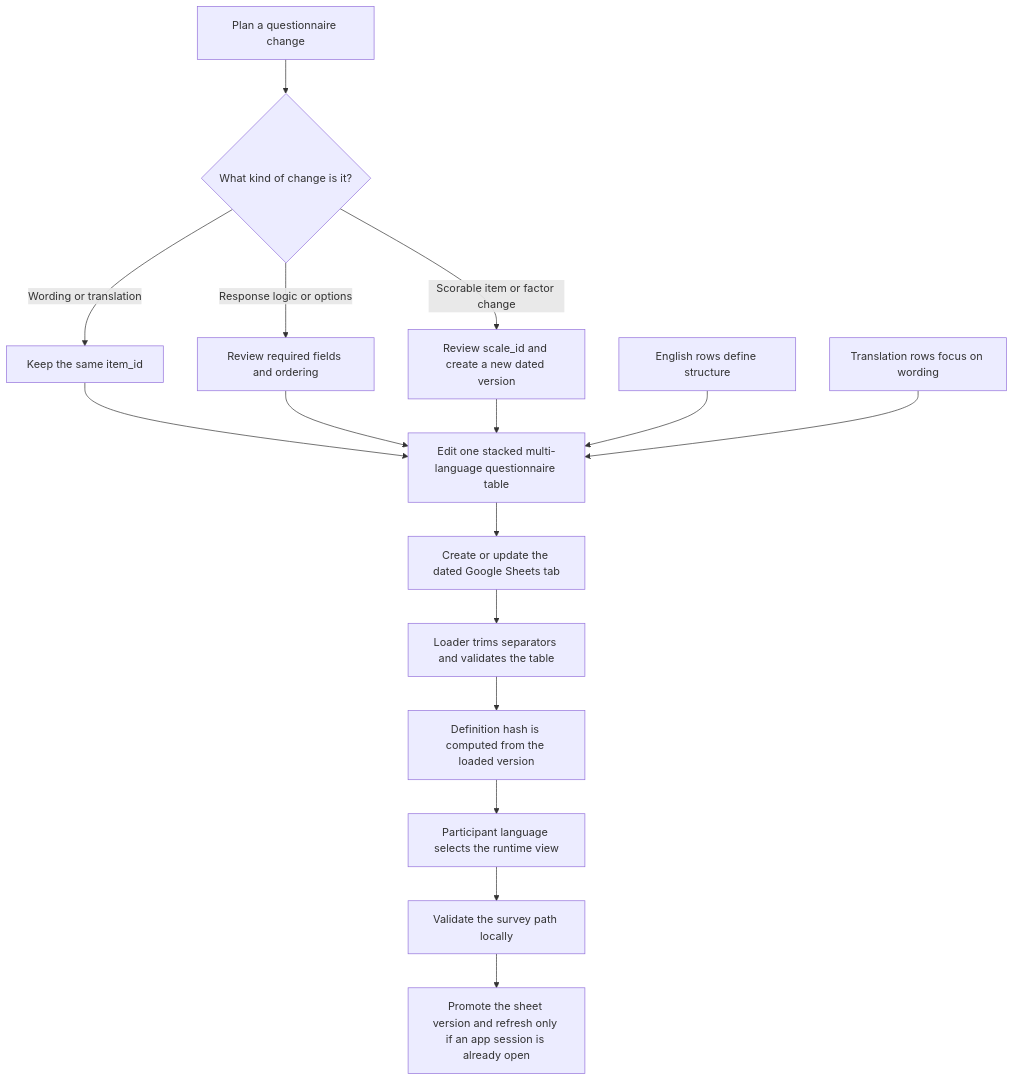
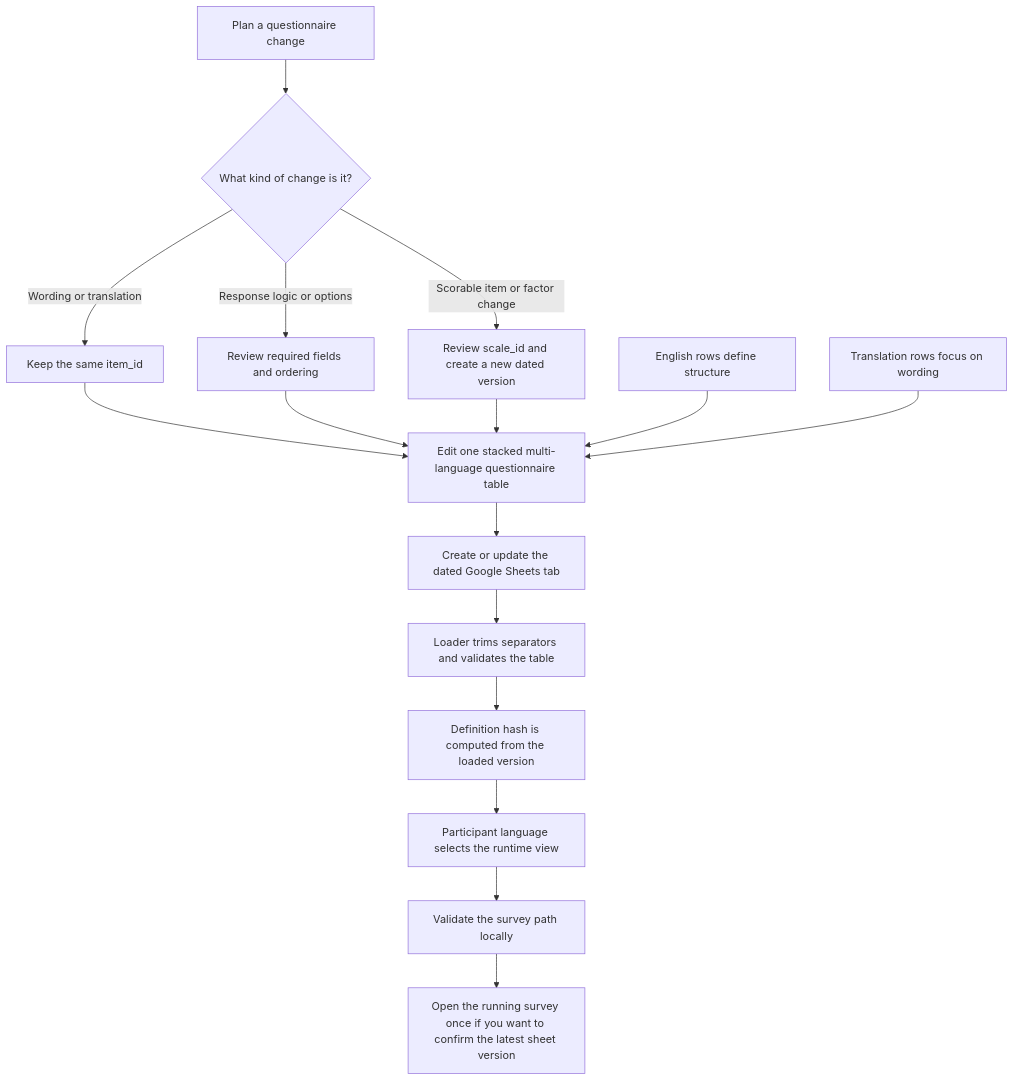
Before and after one commit to MesmerPrism/axp-mvp-survey-guide: the diagram in docs/diagrams/questionnaire-adaptation-flow.mmd, drawn with Mermaid. The commit also changed 6 other files, not shown here.

```diff
--- a/docs/diagrams/questionnaire-adaptation-flow.mmd
+++ b/docs/diagrams/questionnaire-adaptation-flow.mmd
@@ -1,19 +1,19 @@
 flowchart TD
   A[Plan a questionnaire change] --> B{What kind of change is it?}
   B -->|Wording or translation| C[Keep the same item_id]
   B -->|Response logic or options| D[Review required fields and ordering]
   B -->|Scorable item or factor change| E[Review scale_id and create a new dated version]
 
   C --> F[Edit one stacked multi-language questionnaire table]
   D --> F
   E --> F
 
   G[English rows define structure] --> F
   H[Translation rows focus on wording] --> F
 
   F --> I[Create or update the dated Google Sheets tab]
   I --> J[Loader trims separators and validates the table]
   J --> K[Definition hash is computed from the loaded version]
   K --> L[Participant language selects the runtime view]
   L --> M[Validate the survey path locally]
-  M --> N[Promote the sheet version and refresh only if an app session is already open]
+  M --> N[Open the running survey once if you want to confirm the latest sheet version]
```
